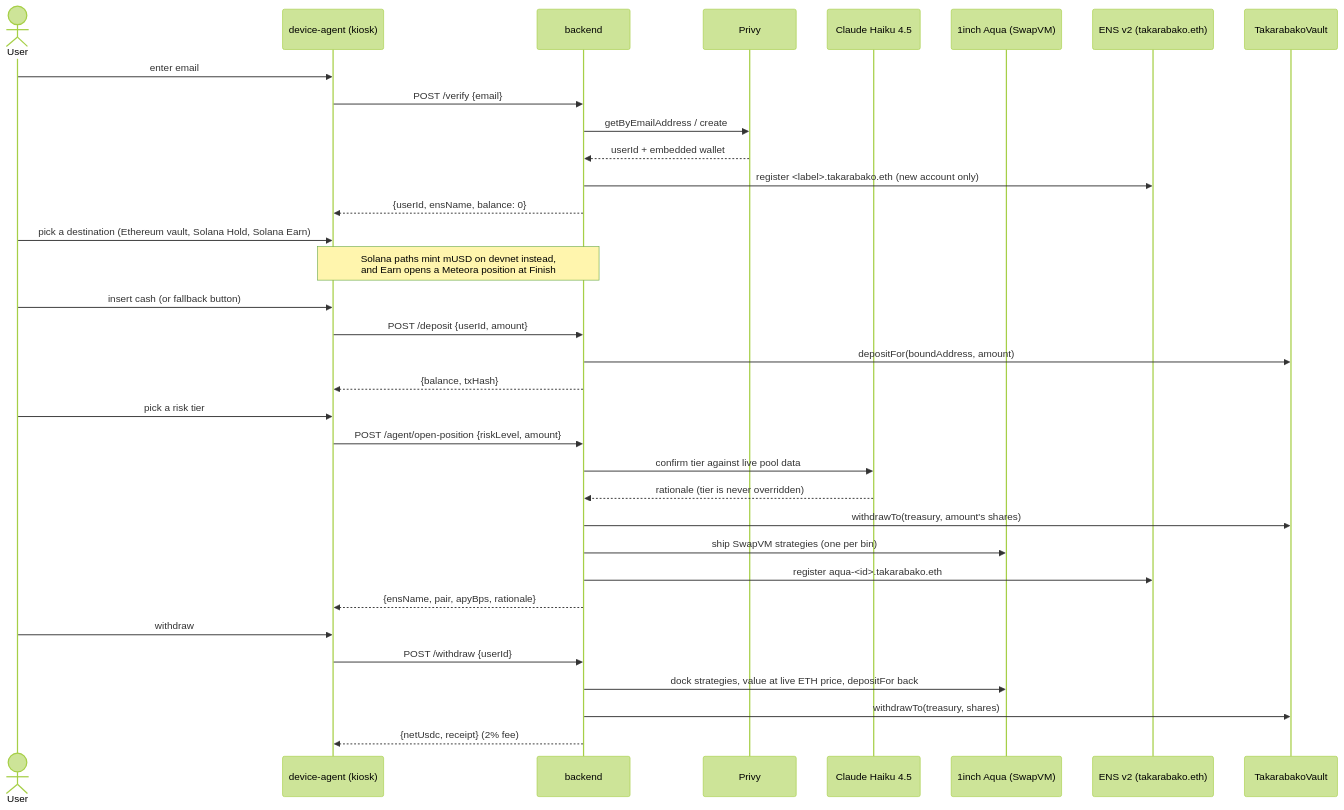
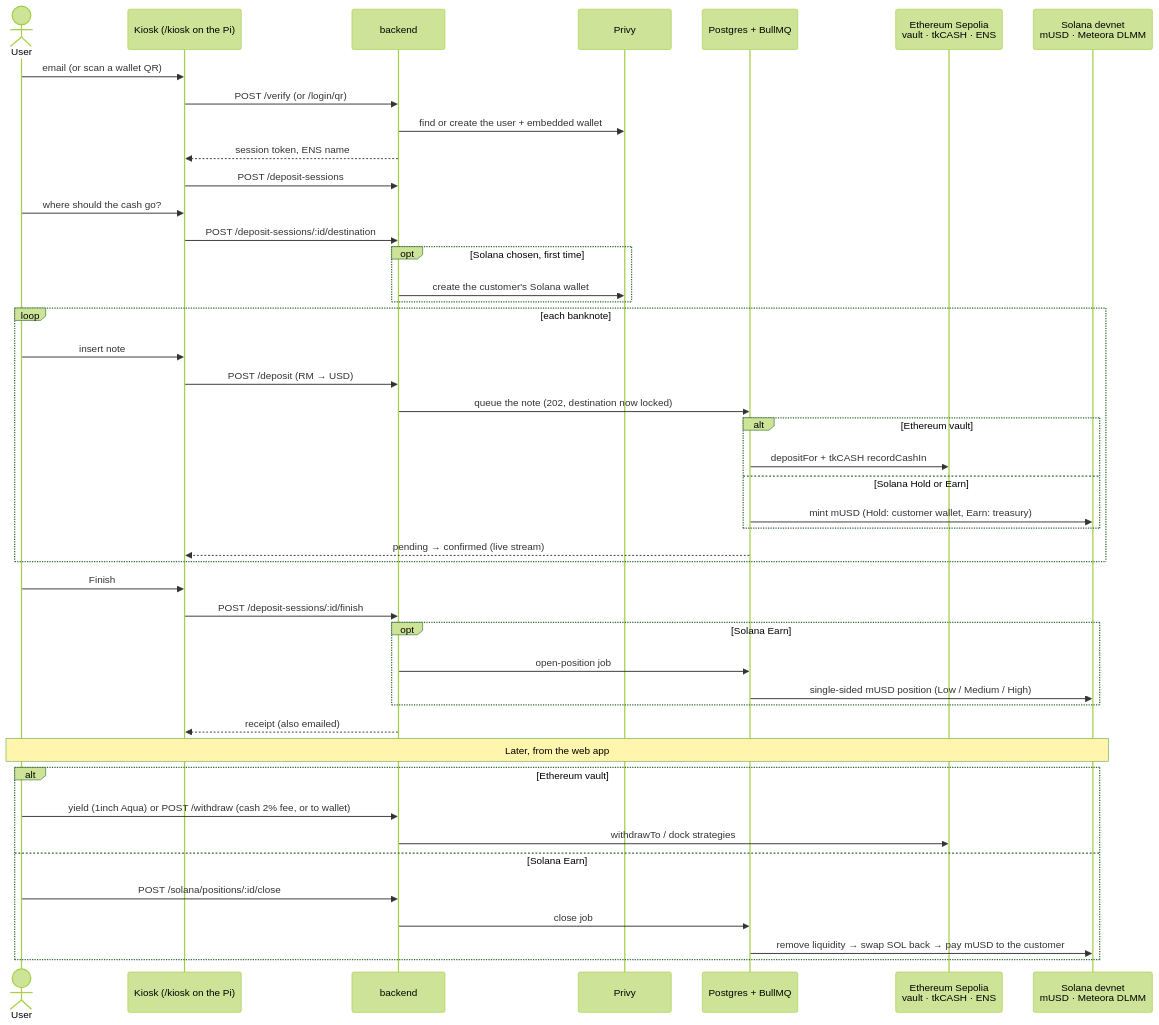
The third of 3 diagrams in README.md (AqilJaafree/takarabako-solana), drawn with Mermaid (forest theme) before and after one commit. The commit also changed other lines of this file and 2 other files, not shown here.

Commit message:
Add npm run sol:flow and redraw the README flow diagrams for Solana

````diff
--- a/README.md
+++ b/README.md
@@ -253,41 +270,51 @@
 ```mermaid
 sequenceDiagram
     actor User
-    participant Kiosk as device-agent (kiosk)
+    participant Kiosk as Kiosk (/kiosk on the Pi)
     participant API as backend
     participant Privy
-    participant Claude as Claude Haiku 4.5
-    participant Aqua as 1inch Aqua (SwapVM)
-    participant ENS as ENS v2 (takarabako.eth)
-    participant Vault as TakarabakoVault
+    participant Queue as Postgres + BullMQ
+    participant Vault as Ethereum Sepolia<br/>vault · tkCASH · ENS
+    participant Sol as Solana devnet<br/>mUSD · Meteora DLMM
 
-    User->>Kiosk: enter email
-    Kiosk->>API: POST /verify {email}
-    API->>Privy: getByEmailAddress / create
-    Privy-->>API: userId + embedded wallet
-    API->>ENS: register <label>.takarabako.eth (new account only)
-    API-->>Kiosk: {userId, ensName, balance: 0}
+    User->>Kiosk: email (or scan a wallet QR)
+    Kiosk->>API: POST /verify (or /login/qr)
+    API->>Privy: find or create the user + embedded wallet
+    API-->>Kiosk: session token, ENS name
+    Kiosk->>API: POST /deposit-sessions
+    User->>Kiosk: where should the cash go?
+    Kiosk->>API: POST /deposit-sessions/:id/destination
+    opt Solana chosen, first time
+        API->>Privy: create the customer's Solana wallet
+    end
 
-    User->>Kiosk: pick a destination (Ethereum vault, Solana Hold, Solana Earn)
-    Note over Kiosk,API: Solana paths mint mUSD on devnet instead,<br/>and Earn opens a Meteora position at Finish
+    loop each banknote
+        User->>Kiosk: insert note
+        Kiosk->>API: POST /deposit (RM → USD)
+        API->>Queue: queue the note (202, destination now locked)
+        alt Ethereum vault
+            Queue->>Vault: depositFor + tkCASH recordCashIn
+        else Solana Hold or Earn
+            Queue->>Sol: mint mUSD (Hold: customer wallet, Earn: treasury)
+        end
+        Queue-->>Kiosk: pending → confirmed (live stream)
+    end
 
-    User->>Kiosk: insert cash (or fallback button)
-    Kiosk->>API: POST /deposit {userId, amount}
-    API->>Vault: depositFor(boundAddress, amount)
-    API-->>Kiosk: {balance, txHash}
+    User->>Kiosk: Finish
+    Kiosk->>API: POST /deposit-sessions/:id/finish
+    opt Solana Earn
+        API->>Queue: open-position job
+        Queue->>Sol: single-sided mUSD position (Low / Medium / High)
+    end
+    API-->>Kiosk: receipt (also emailed)
 
-    User->>Kiosk: pick a risk tier
-    Kiosk->>API: POST /agent/open-position {riskLevel, amount}
-    API->>Claude: confirm tier against live pool data
-    Claude-->>API: rationale (tier is never overridden)
-    API->>Vault: withdrawTo(treasury, amount's shares)
-    API->>Aqua: ship SwapVM strategies (one per bin)
-    API->>ENS: register aqua-<id>.takarabako.eth
-    API-->>Kiosk: {ensName, pair, apyBps, rationale}
-
-    User->>Kiosk: withdraw
-    Kiosk->>API: POST /withdraw {userId}
-    API->>Aqua: dock strategies, value at live ETH price, depositFor back
-    API->>Vault: withdrawTo(treasury, shares)
-    API-->>Kiosk: {netUsdc, receipt} (2% fee)
+    Note over User,Sol: Later, from the web app
+    alt Ethereum vault
+        User->>API: yield (1inch Aqua) or POST /withdraw (cash 2% fee, or to wallet)
+        API->>Vault: withdrawTo / dock strategies
+    else Solana Earn
+        User->>API: POST /solana/positions/:id/close
+        API->>Queue: close job
+        Queue->>Sol: remove liquidity → swap SOL back → pay mUSD to the customer
+    end
 ```
````
